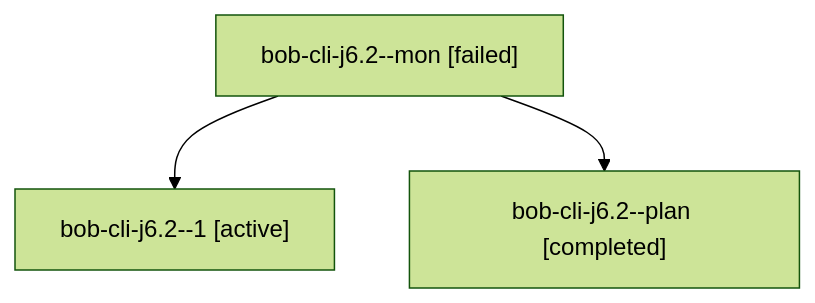
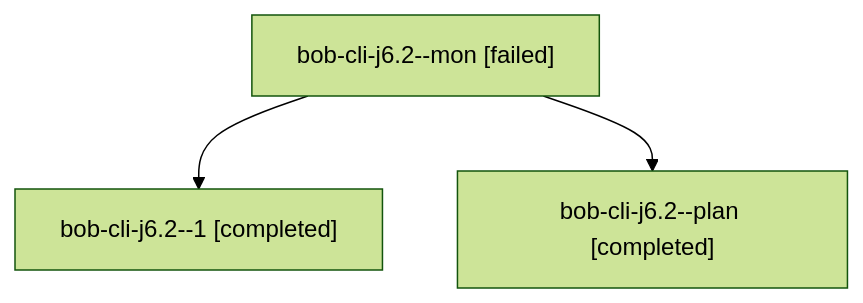
Before and after one commit to bobs-org/bob-cli--agents: the diagram in sessions/bbugyi200.athena.bob-cli-j6.2.md, drawn with Mermaid (forest theme). The commit also changed other lines of this file and 11 other files, not shown here.

````diff
--- a/sessions/bbugyi200.athena.bob-cli-j6.2.md
+++ b/sessions/bbugyi200.athena.bob-cli-j6.2.md
@@ -9,8 +9,8 @@
 ```mermaid
 flowchart TD
   n0["bob-cli-j6.2--mon [failed]"]
-  n1["bob-cli-j6.2--1 [active]"]
+  n1["bob-cli-j6.2--1 [completed]"]
   n0 --> n1
   n2["bob-cli-j6.2--plan [completed]"]
   n0 --> n2
 ```
````
